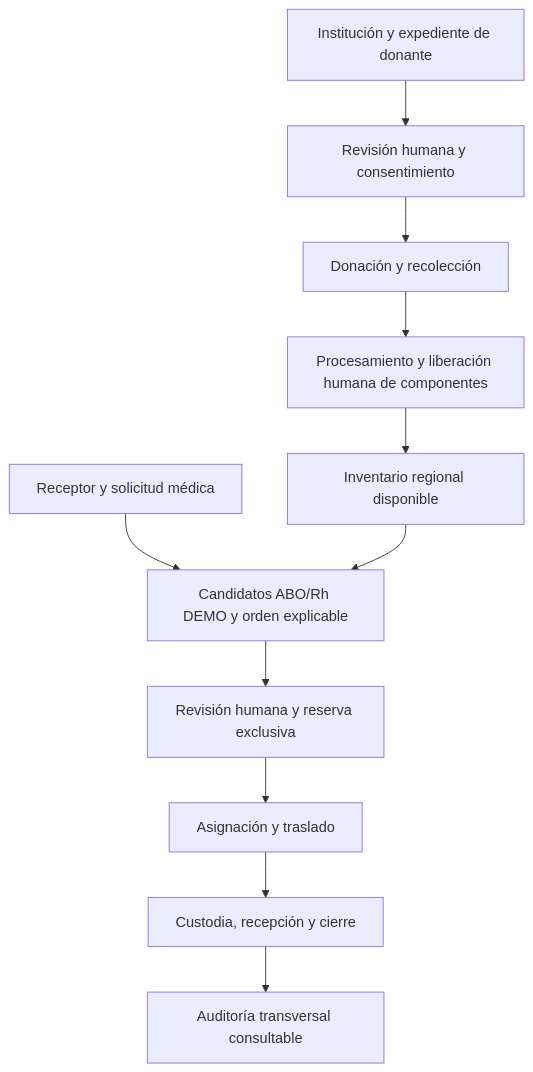
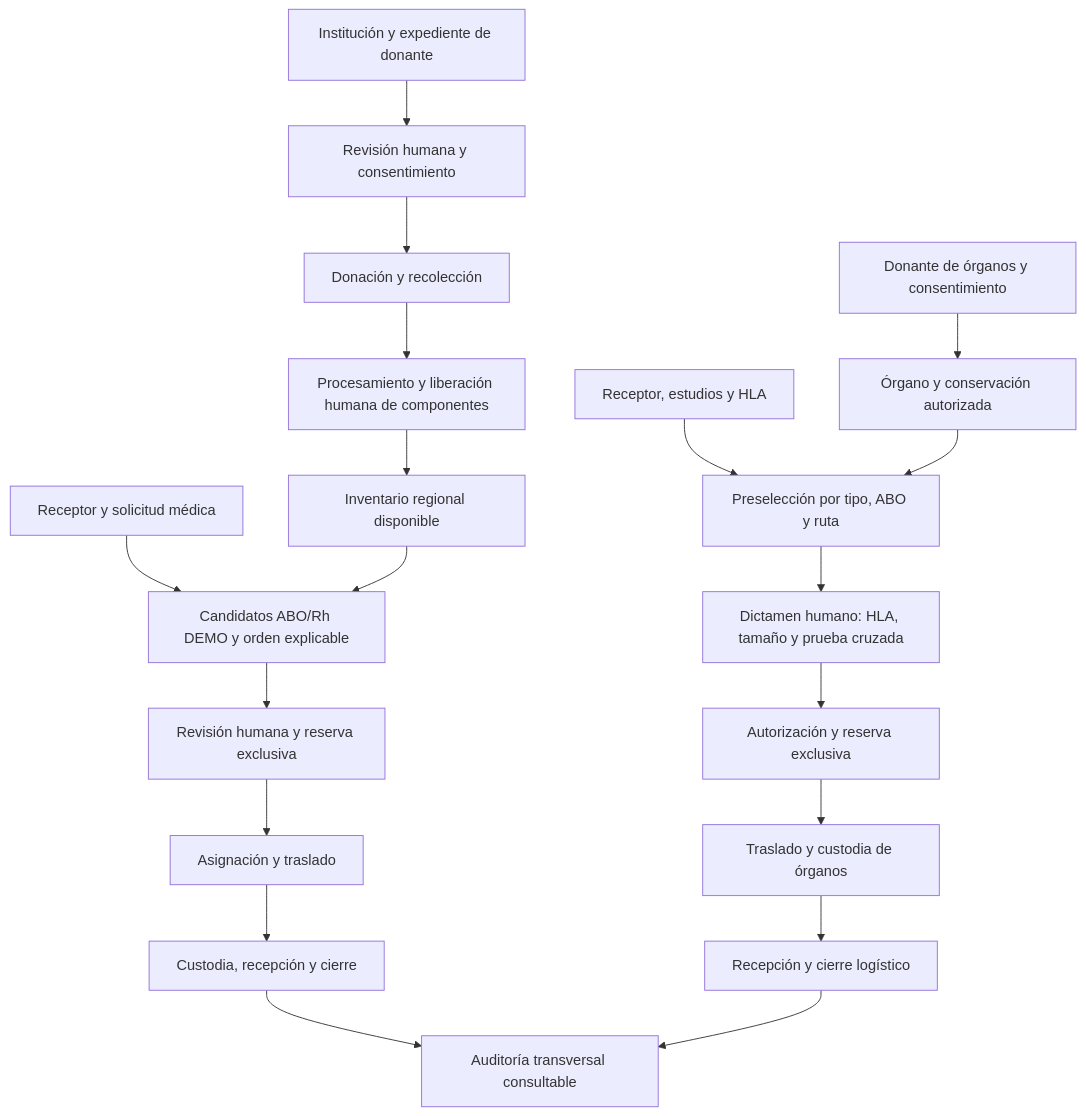
One commit to victor-berlanga/Red-House changed the diagram in documentation/report-assets/diagrams/10_tobe.mmd. Above: the diagram before and after it, drawn with Mermaid. The commit also changed 454 other files, not shown here.

```diff
--- a/documentation/report-assets/diagrams/10_tobe.mmd
+++ b/documentation/report-assets/diagrams/10_tobe.mmd
@@ -1,11 +1,20 @@
 flowchart TB
   I[Institución y expediente de donante] --> R[Revisión humana y consentimiento]
   R --> D[Donación y recolección]
   D --> P[Procesamiento y liberación humana de componentes]
   P --> V[Inventario regional disponible]
   Q[Receptor y solicitud médica] --> C[Candidatos ABO/Rh DEMO y orden explicable]
   V --> C
   C --> H[Revisión humana y reserva exclusiva]
   H --> A[Asignación y traslado]
   A --> T[Custodia, recepción y cierre]
   T --> U[Auditoría transversal consultable]
+
+  OD[Donante de órganos y consentimiento] --> OO[Órgano y conservación autorizada]
+  OR[Receptor, estudios y HLA] --> OC[Preselección por tipo, ABO y ruta]
+  OO --> OC
+  OC --> OH[Dictamen humano: HLA, tamaño y prueba cruzada]
+  OH --> OA[Autorización y reserva exclusiva]
+  OA --> OT[Traslado y custodia de órganos]
+  OT --> OF[Recepción y cierre logístico]
+  OF --> U
```
